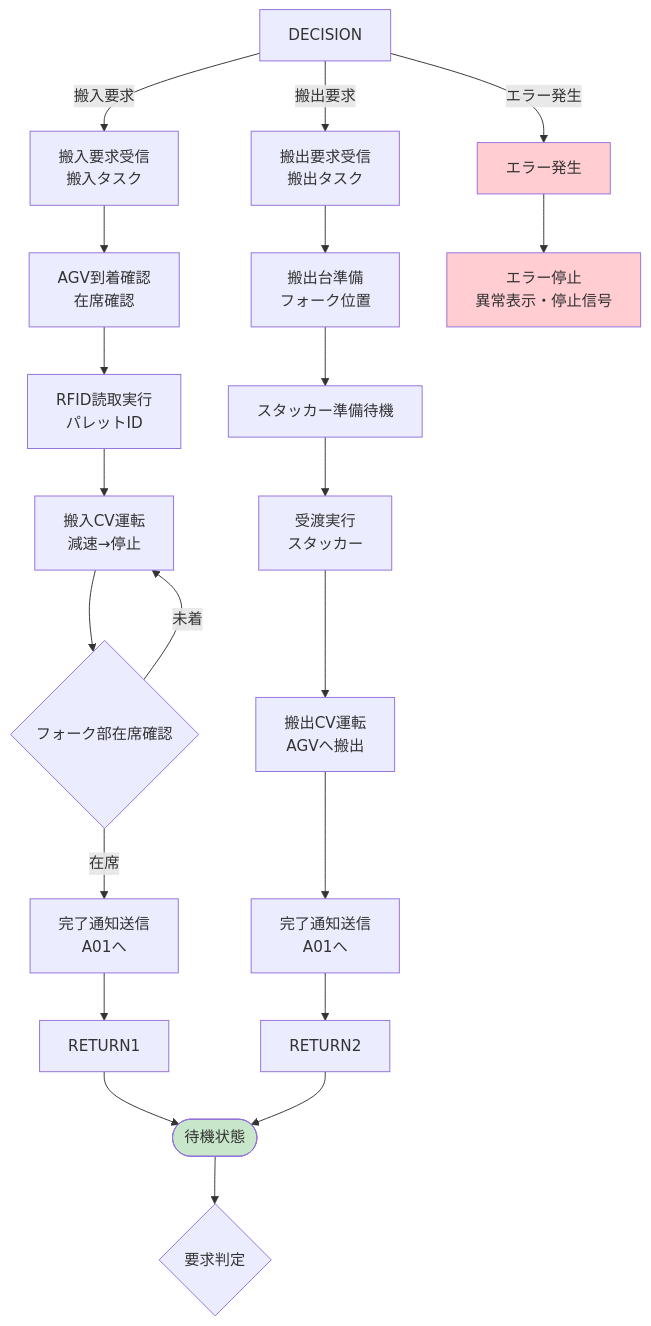
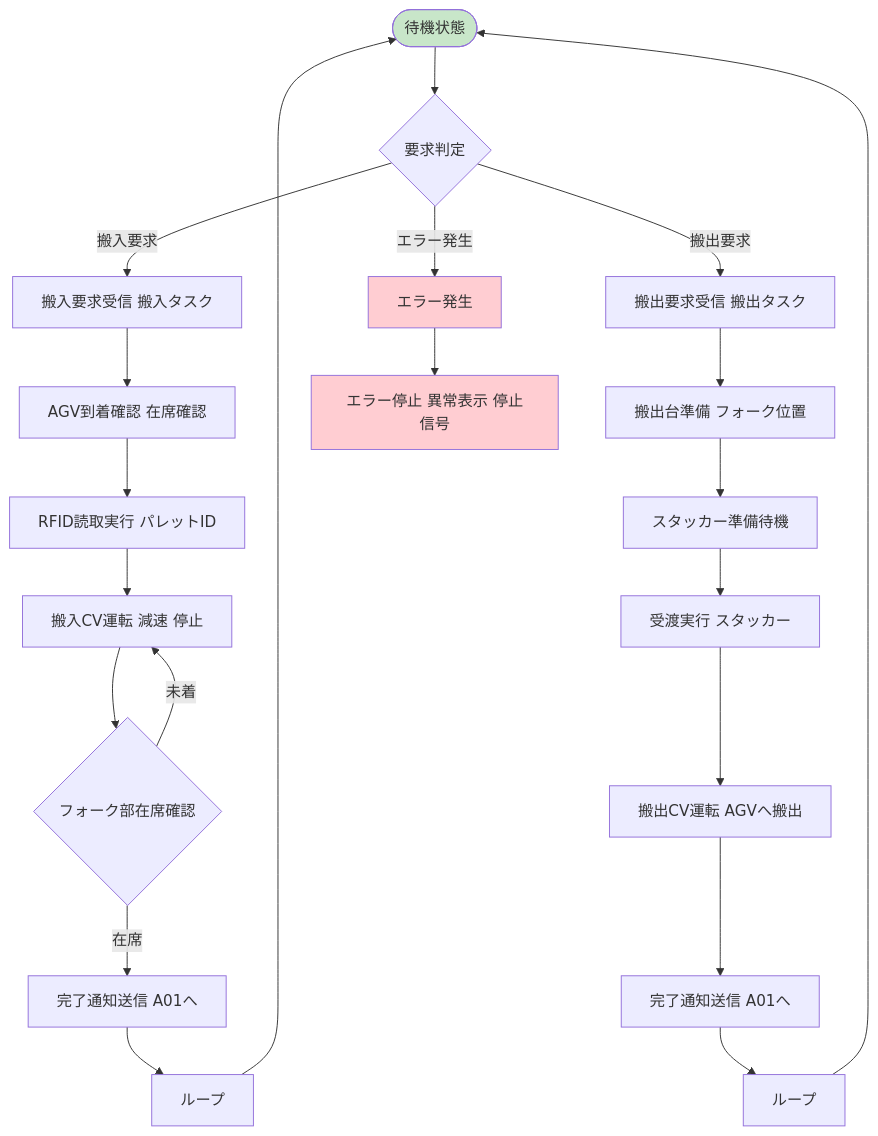
Before and after one commit to iceplantengineering/YTEC_NewLadder: the sixth of 12 diagrams in 0304/システムフローチャート.md, drawn with Mermaid. The commit also changed other lines of this file, not shown here.

First line of the commit message:
Fix Mermaid diagrams for GitHub compatibility

````diff
--- a/0304/システムフローチャート.md
+++ b/0304/システムフローチャート.md
@@ -203,34 +178,34 @@
 ```mermaid
 flowchart TB
     STANDBY([待機状態])
 
     STANDBY --> DECIDE{要求判定}
 
-    DECISION -->|搬入要求| REQ_IN[搬入要求受信<br/>搬入タスク]
-    DECISION -->|搬出要求| REQ_OUT[搬出要求受信<br/>搬出タスク]
-    DECISION -->|エラー発生| ERROR[エラー発生]
+    DECIDE -->|搬入要求| REQ_IN[搬入要求受信 搬入タスク]
+    DECIDE -->|搬出要求| REQ_OUT[搬出要求受信 搬出タスク]
+    DECIDE -->|エラー発生| ERROR[エラー発生]
 
-    REQ_IN --> CHECK_AGV_IN[AGV到着確認<br/>在席確認]
-    CHECK_AGV_IN --> RFID_IN[RFID読取実行<br/>パレットID]
-    RFID_IN --> RUN_IN[搬入CV運転<br/>減速→停止]
+    REQ_IN --> CHECK_AGV_IN[AGV到着確認 在席確認]
+    CHECK_AGV_IN --> RFID_IN[RFID読取実行 パレットID]
+    RFID_IN --> RUN_IN[搬入CV運転 減速 停止]
     RUN_IN --> CHECK_PAL_IN{フォーク部在席確認}
-    CHECK_PAL_IN -->|在席| NOTIFY_IN[完了通知送信<br/>A01へ]
+    CHECK_PAL_IN -->|在席| NOTIFY_IN[完了通知送信 A01へ]
     CHECK_PAL_IN -->|未着| RUN_IN
-    NOTIFY_IN --> RETURN1
+    NOTIFY_IN --> LOOP1[ループ]
 
-    REQ_OUT --> PREP_OUT[搬出台準備<br/>フォーク位置]
+    REQ_OUT --> PREP_OUT[搬出台準備 フォーク位置]
     PREP_OUT --> WAIT_STK[スタッカー準備待機]
-    WAIT_STK --> TRANS_OUT[受渡実行<br/>スタッカー]
-    TRANS_OUT --> RUN_OUT[搬出CV運転<br/>AGVへ搬出]
-    RUN_OUT --> NOTIFY_OUT[完了通知送信<br/>A01へ]
-    NOTIFY_OUT --> RETURN2
+    WAIT_STK --> TRANS_OUT[受渡実行 スタッカー]
+    TRANS_OUT --> RUN_OUT[搬出CV運転 AGVへ搬出]
+    RUN_OUT --> NOTIFY_OUT[完了通知送信 A01へ]
+    NOTIFY_OUT --> LOOP2[ループ]
 
-    ERROR --> STOP[エラー停止<br/>異常表示・停止信号]
+    ERROR --> STOP[エラー停止 異常表示 停止信号]
 
-    RETURN1 --> STANDBY
-    RETURN2 --> STANDBY
+    LOOP1 --> STANDBY
+    LOOP2 --> STANDBY
 
     style STANDBY fill:#c8e6c9
     style ERROR fill:#ffcdd2
     style STOP fill:#ffcdd2
 ```
````
